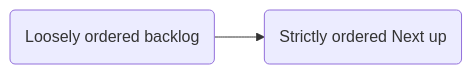
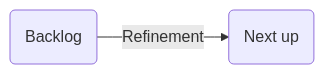
Before and after one commit to ukhsa-collaboration/standards-api: the third of 4 diagrams in docs/dev-standards/sdlc.md, drawn with Mermaid. The commit also changed other lines of this file and 1 other file, not shown here.

````diff
--- a/docs/dev-standards/sdlc.md
+++ b/docs/dev-standards/sdlc.md
@@ -45,4 +67,4 @@
 ``` mermaid
 flowchart LR
-    a(Loosely ordered backlog) --> b(Strictly ordered Next up)
+    a(Backlog) -->|Refinement| b(Next up)
 ```
````
